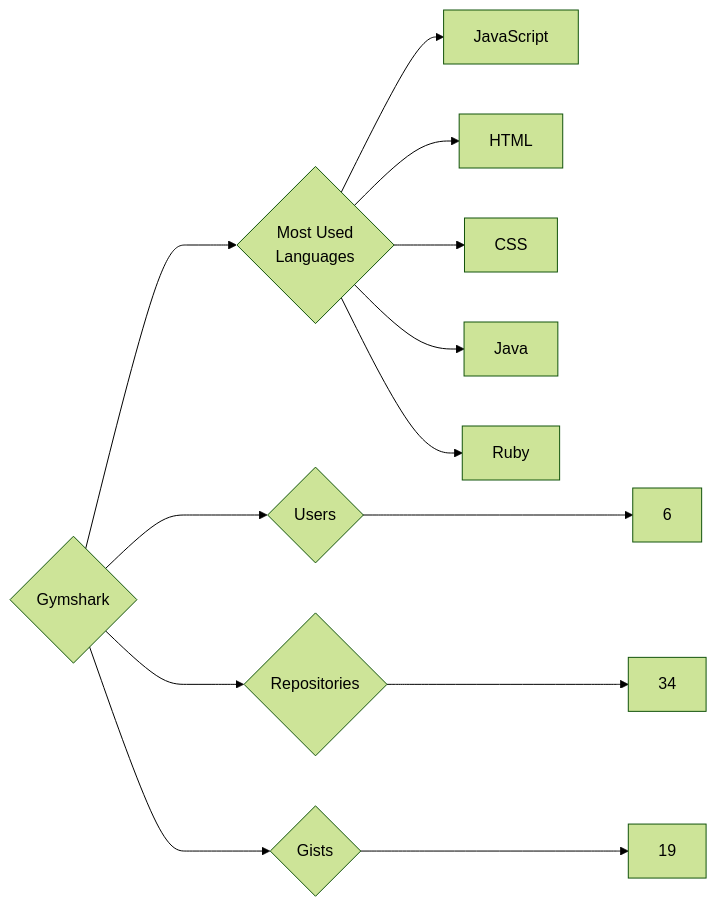
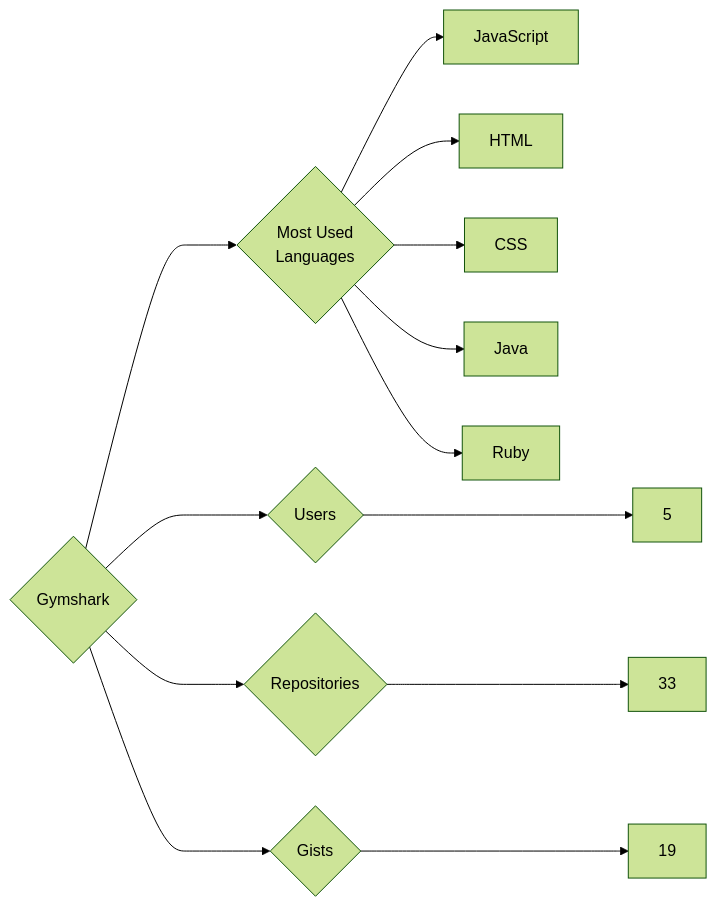
One commit to trickest/insiders changed the diagram in targets/Gymshark/README.md. Above: the diagram before and after it, drawn with Mermaid (forest theme). The commit also changed 1020 other files, not shown here.

````diff
--- a/targets/Gymshark/README.md
+++ b/targets/Gymshark/README.md
@@ -3,13 +3,13 @@
 ```mermaid
 graph LR
 COMPANY_NAME{Gymshark}
-COMPANY_NAME ---> U{Users} ---> UN[6]
-COMPANY_NAME ---> R{Repositories} ---> RN[34]
+COMPANY_NAME ---> U{Users} ---> UN[5]
+COMPANY_NAME ---> R{Repositories} ---> RN[33]
 COMPANY_NAME ---> G{Gists} ---> GN[19]
 COMPANY_NAME ---> ML{Most Used<br>Languages}
 ML --> JavaScript[JavaScript]
 ML --> HTML[HTML]
 ML --> CSS[CSS]
 ML --> Java[Java]
 ML --> Ruby[Ruby]
 ```
````
